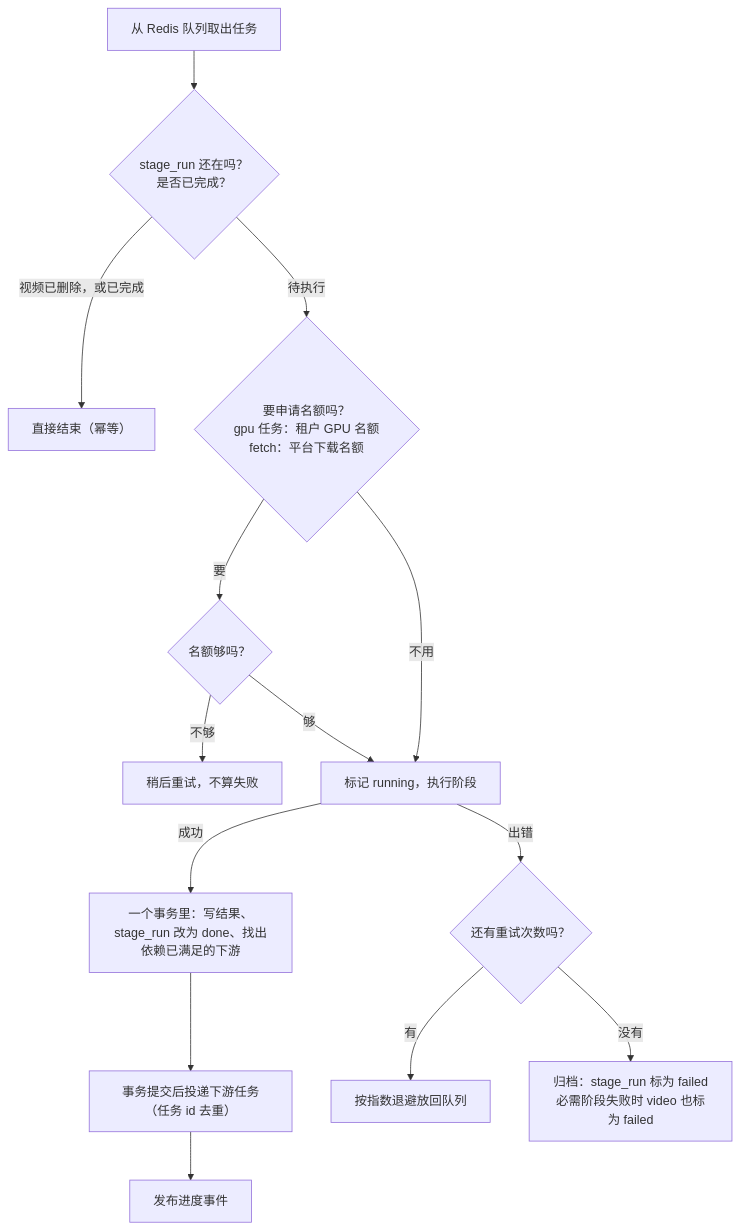
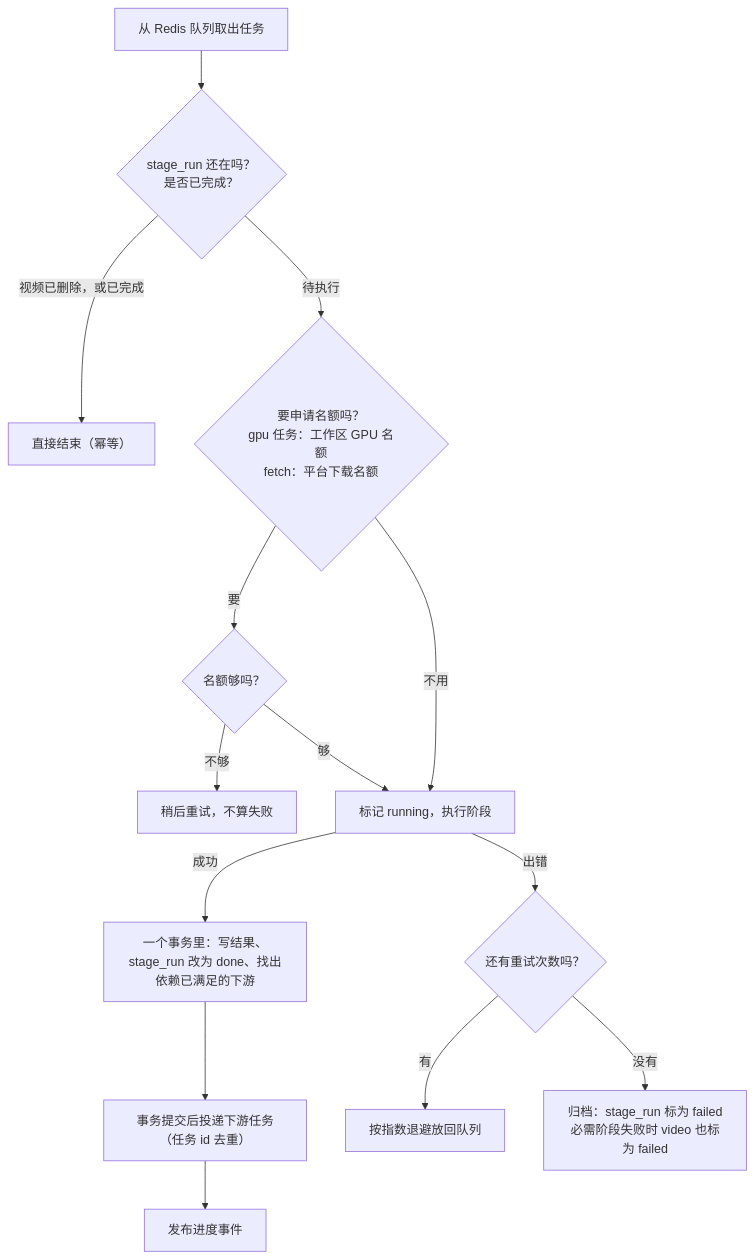
The eighth of 17 diagrams in docs/design.md (realOzine/videohelper), drawn with Mermaid before and after one commit. The commit also changed other lines of this file and 5 other files, not shown here.

````diff
--- a/docs/design.md
+++ b/docs/design.md
@@ -427,16 +428,16 @@
 ```mermaid
 flowchart TD
   Q["从 Redis 队列取出任务"] --> L{"stage_run 还在吗？<br/>是否已完成？"}
   L -->|"视频已删除，或已完成"| OK["直接结束（幂等）"]
-  L -->|"待执行"| G{"要申请名额吗？<br/>gpu 任务：租户 GPU 名额<br/>fetch：平台下载名额"}
+  L -->|"待执行"| G{"要申请名额吗？<br/>gpu 任务：工作区 GPU 名额<br/>fetch：平台下载名额"}
   G -->|"要"| T{"名额够吗？"}
   T -->|"不够"| D["稍后重试，不算失败"]
   T -->|"够"| RUN
   G -->|"不用"| RUN["标记 running，执行阶段"]
   RUN -->|"成功"| TX["一个事务里：写结果、stage_run 改为 done、找出依赖已满足的下游"]
   TX --> EN["事务提交后投递下游任务（任务 id 去重）"]
   EN --> PUB["发布进度事件"]
   RUN -->|"出错"| RT{"还有重试次数吗？"}
   RT -->|"有"| BK["按指数退避放回队列"]
   RT -->|"没有"| AR["归档：stage_run 标为 failed<br/>必需阶段失败时 video 也标为 failed"]
 ```
````
